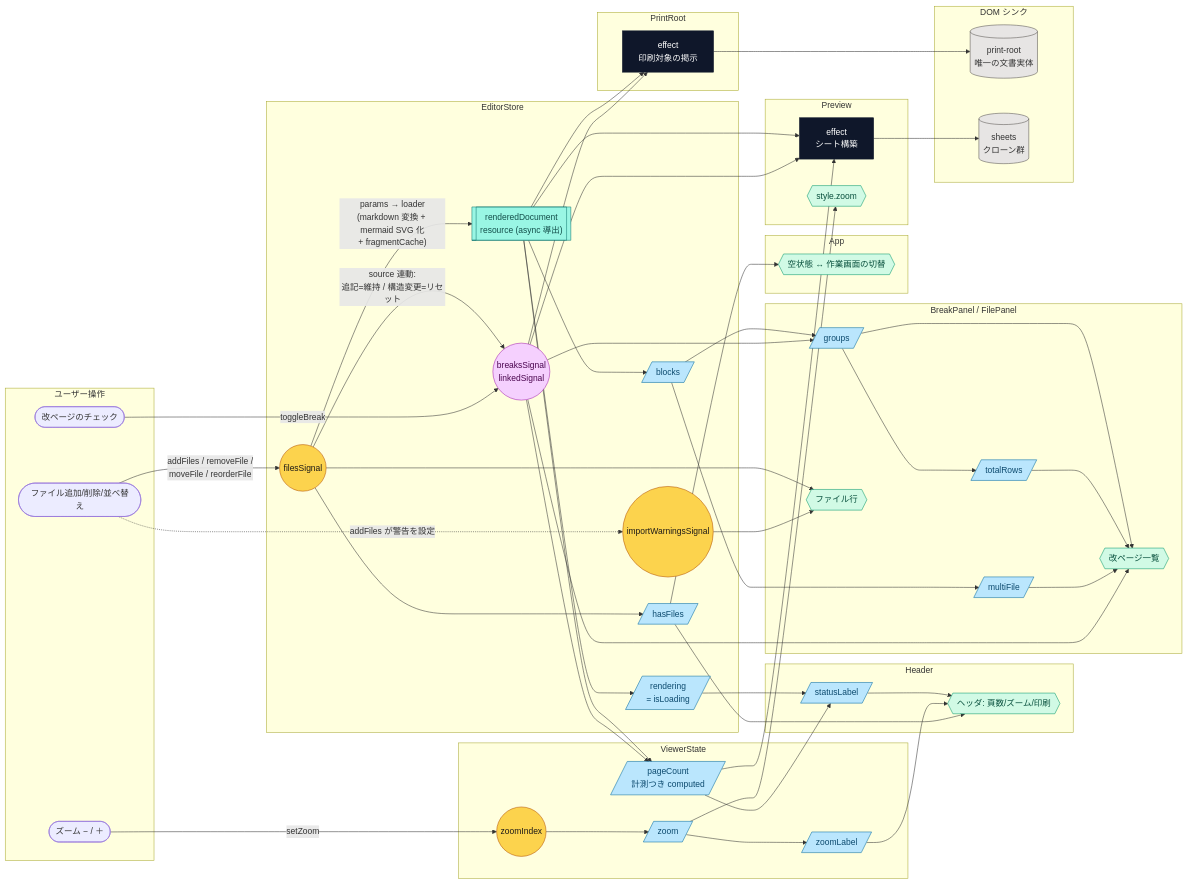
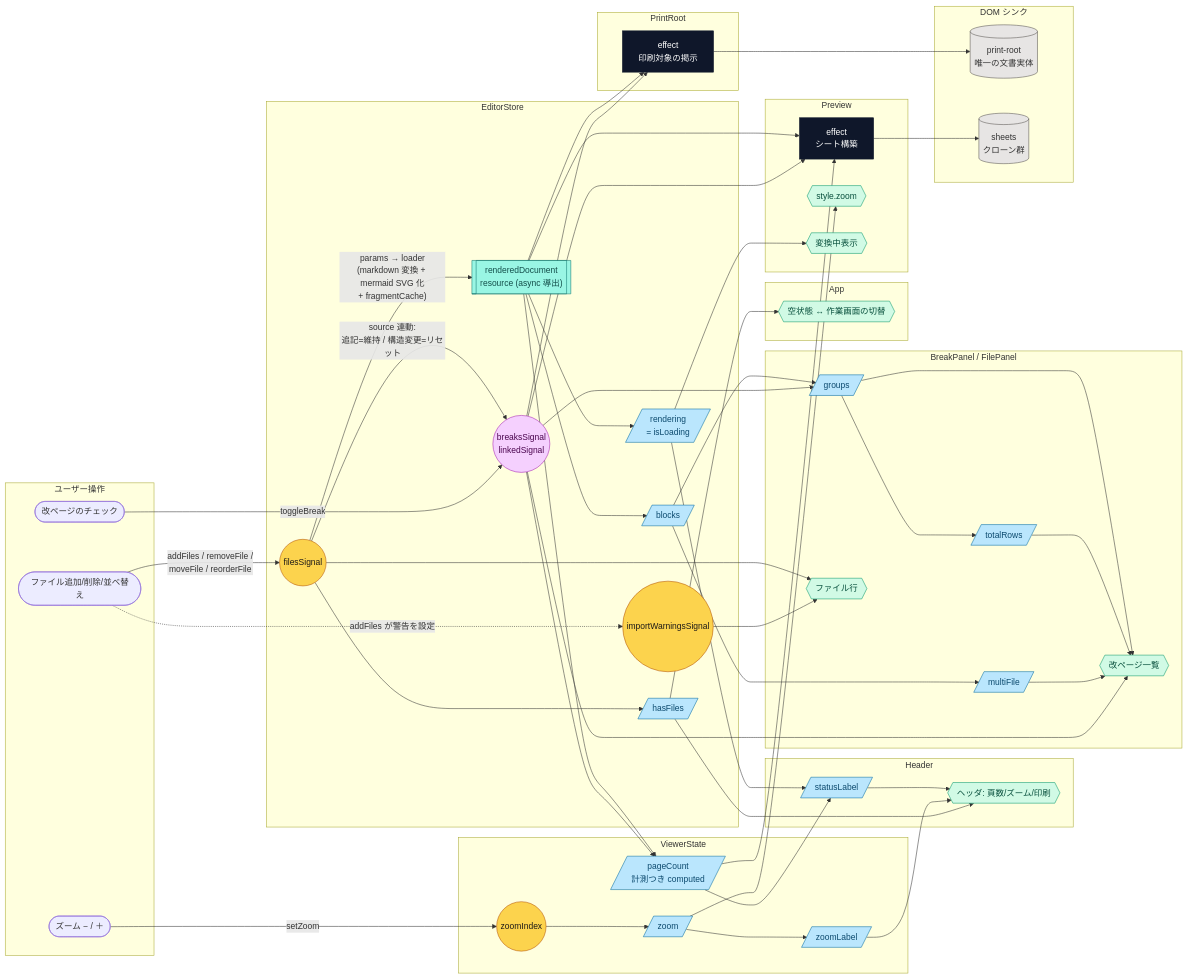
One commit to lacolaco/printmd changed the diagram in docs/signal-graph.md. Above: the diagram before and after it, drawn with Mermaid. The commit also changed 2 other files, not shown here.

Commit message:
feat: 変換中はプレビュー面に進行表示を出す
Claude-Session: https://claude.ai/code/session_01QPt1EiY6Js5cXfcvhPEJZR

````diff
--- a/docs/signal-graph.md
+++ b/docs/signal-graph.md
@@ -49,6 +49,7 @@
   subgraph PreviewC["Preview"]
     PE1[effect<br/>シート構築]
     T3{{style.zoom}}
+    T6{{変換中表示}}
   end
 
   subgraph Panels["BreakPanel / FilePanel"]
@@ -104,6 +105,7 @@
   VC1 --> T3
   V2 --> HC1
   S3 --> HC1
+  S3 --> T6
   HC1 --> T1
   VC2 --> T1
   C1 --> T1
@@ -121,6 +123,6 @@
   class S2 linked
   class C1,C2,S3,VC1,VC2,HC1,BC1,BC2,BC3,V2 comp
   class AE1,PE1 eff
-  class T1,T2,T3,T4,T5 tmpl
+  class T1,T2,T3,T4,T5,T6 tmpl
   class D1,D2 dom
 ```
````
